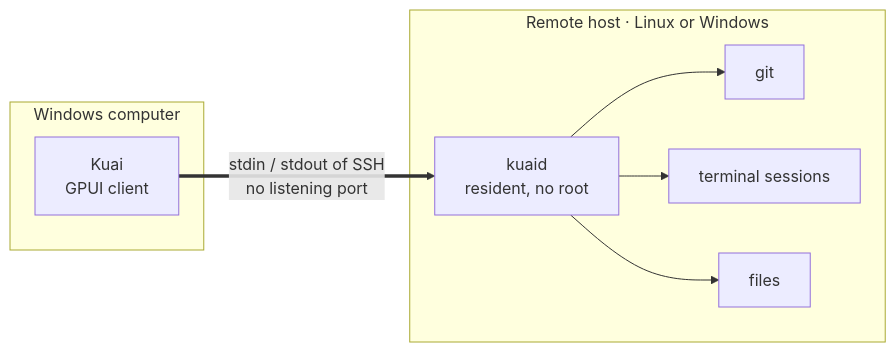
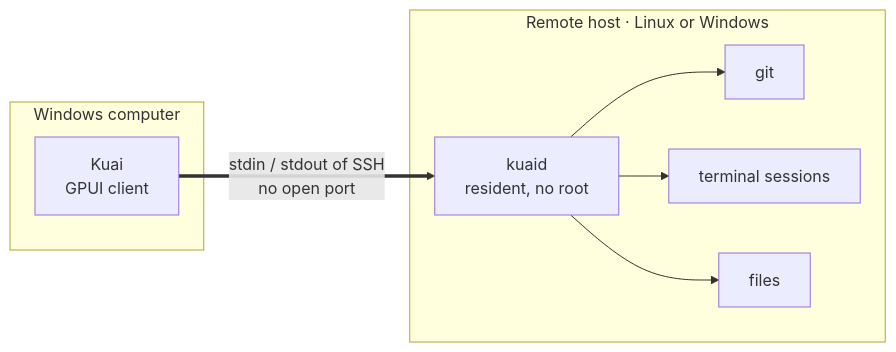
Before and after one commit to finmoor/kuai: the diagram in README.en.md, drawn with Mermaid. The commit also changed other lines of this file and 3 other files, not shown here.

First line of the commit message:
README：主打在服务器上运行 Claude Code，加入对照表、安全说明和三页轮播的主图

````diff
--- a/README.en.md
+++ b/README.en.md
@@ -150,16 +181,16 @@
 ```mermaid
 flowchart LR
     subgraph pc["Windows computer"]
         app["Kuai<br/>GPUI client"]
     end
     subgraph host["Remote host · Linux or Windows"]
         kd["kuaid<br/>resident, no root"]
         git["git"]
         term["terminal sessions"]
         files["files"]
     end
-    app ==>|"stdin / stdout of SSH<br/>no listening port"| kd
+    app ==>|"stdin / stdout of SSH<br/>no open port"| kd
     kd --> git
     kd --> term
     kd --> files
 ```
````
